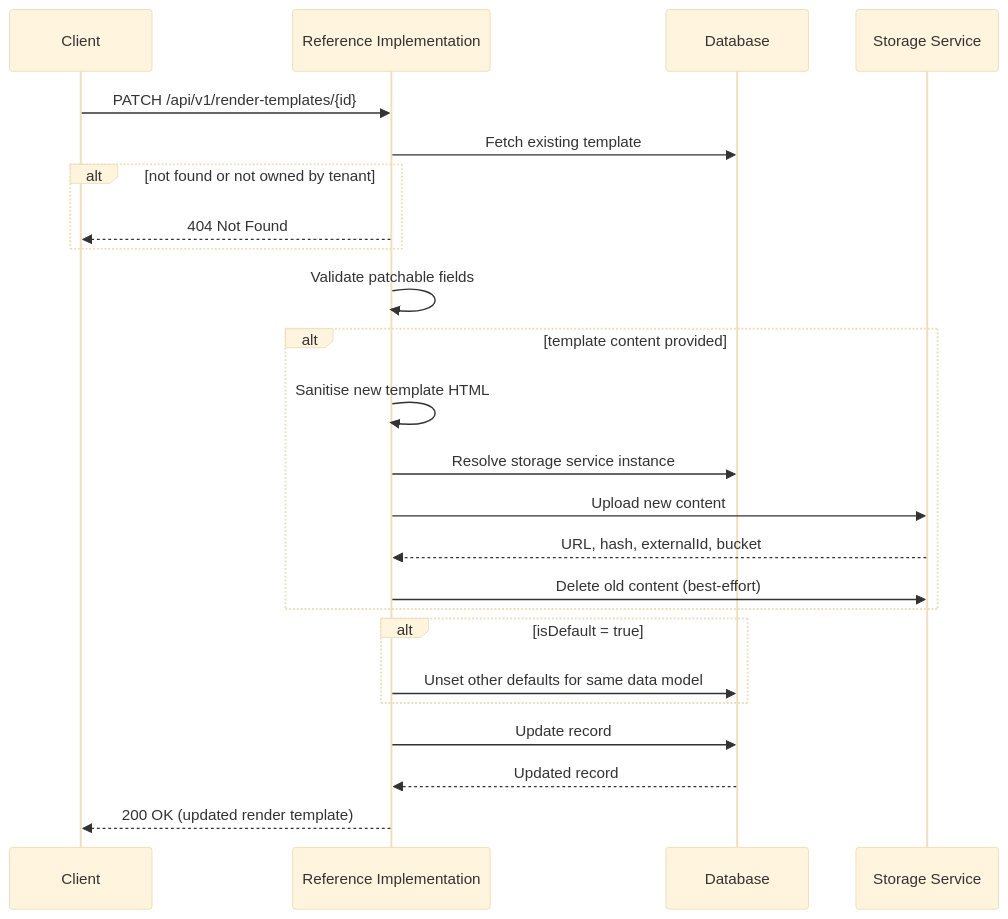
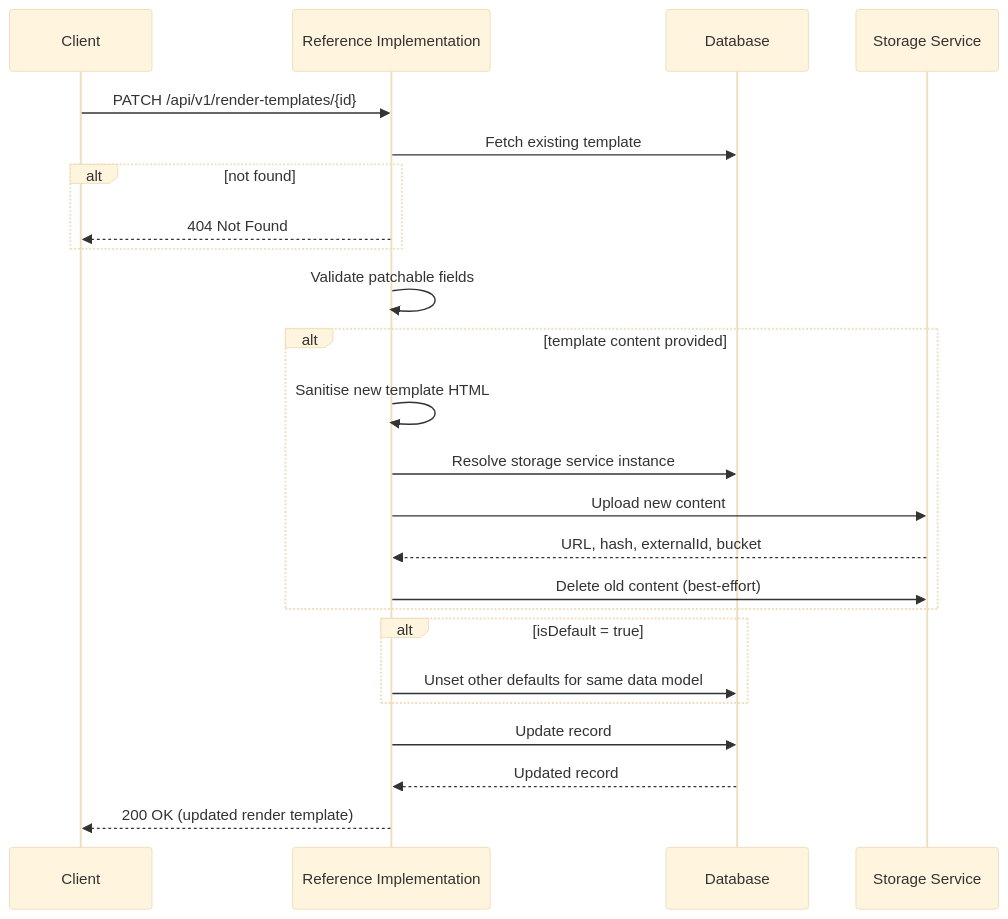
The third of 4 diagrams in documentation/docs/reference-implementation/api/render-templates.md (uncefact/tests-untp), drawn with Mermaid (base theme) before and after one commit. The commit also changed other lines of this file and 52 other files, not shown here.

````diff
--- a/documentation/docs/reference-implementation/api/render-templates.md
+++ b/documentation/docs/reference-implementation/api/render-templates.md
@@ -181,27 +181,27 @@
 ```mermaid
 sequenceDiagram
     participant Client
     participant RI as Reference Implementation
     participant DB as Database
     participant Storage as Storage Service
 
     Client->>RI: PATCH /api/v1/render-templates/{id}
     RI->>DB: Fetch existing template
-    alt not found or not owned by tenant
+    alt not found
         RI-->>Client: 404 Not Found
     end
     RI->>RI: Validate patchable fields
     alt template content provided
         RI->>RI: Sanitise new template HTML
         RI->>DB: Resolve storage service instance
         RI->>Storage: Upload new content
         Storage-->>RI: URL, hash, externalId, bucket
         RI->>Storage: Delete old content (best-effort)
     end
     alt isDefault = true
         RI->>DB: Unset other defaults for same data model
     end
     RI->>DB: Update record
     DB-->>RI: Updated record
     RI-->>Client: 200 OK (updated render template)
 ```
````
